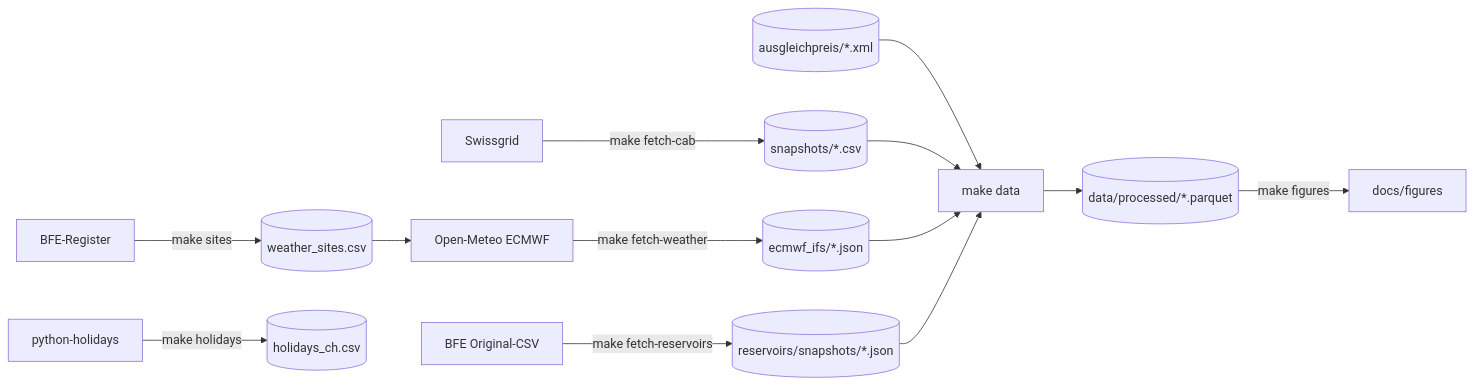
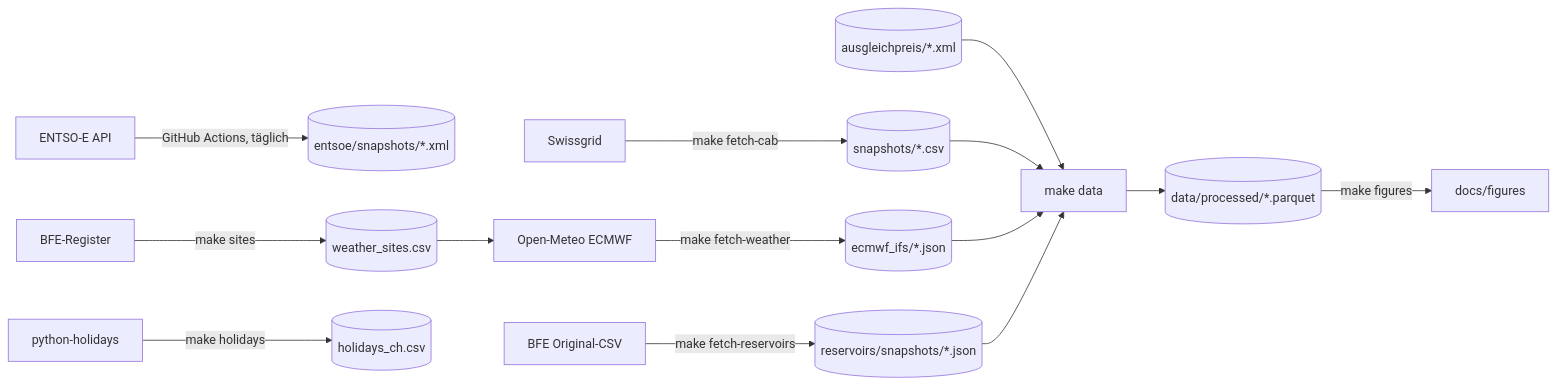
One commit to ibidreli/energy_price_prediction changed the second of 2 diagrams in docs/data.md. Above: the diagram before and after it, drawn with Mermaid. The commit also changed other lines of this file and 10 other files, not shown here.

````diff
--- a/docs/data.md
+++ b/docs/data.md
@@ -441,15 +482,16 @@
 ```mermaid
 flowchart LR
     SG[Swissgrid] -->|make fetch-cab| CAB[(snapshots/*.csv)]
     OM[Open-Meteo ECMWF] -->|make fetch-weather| WX[(ecmwf_ifs/*.json)]
     BFECSV[BFE Original-CSV] -->|make fetch-reservoirs| RES[(reservoirs/snapshots/*.json)]
+    ENTSOE[ENTSO-E API] -->|GitHub Actions, täglich| ENT[(entsoe/snapshots/*.xml)]
     BFE[BFE-Register] -->|make sites| SITES[(weather_sites.csv)]
     SITES --> OM
     PY[python-holidays] -->|make holidays| HOL[(holidays_ch.csv)]
     AEP[(ausgleichpreis/*.xml)] --> DATA
     CAB --> DATA[make data]
     WX --> DATA
     RES --> DATA
     DATA --> PQ[(data/processed/*.parquet)]
     PQ -->|make figures| FIG[docs/figures]
 ```
````
